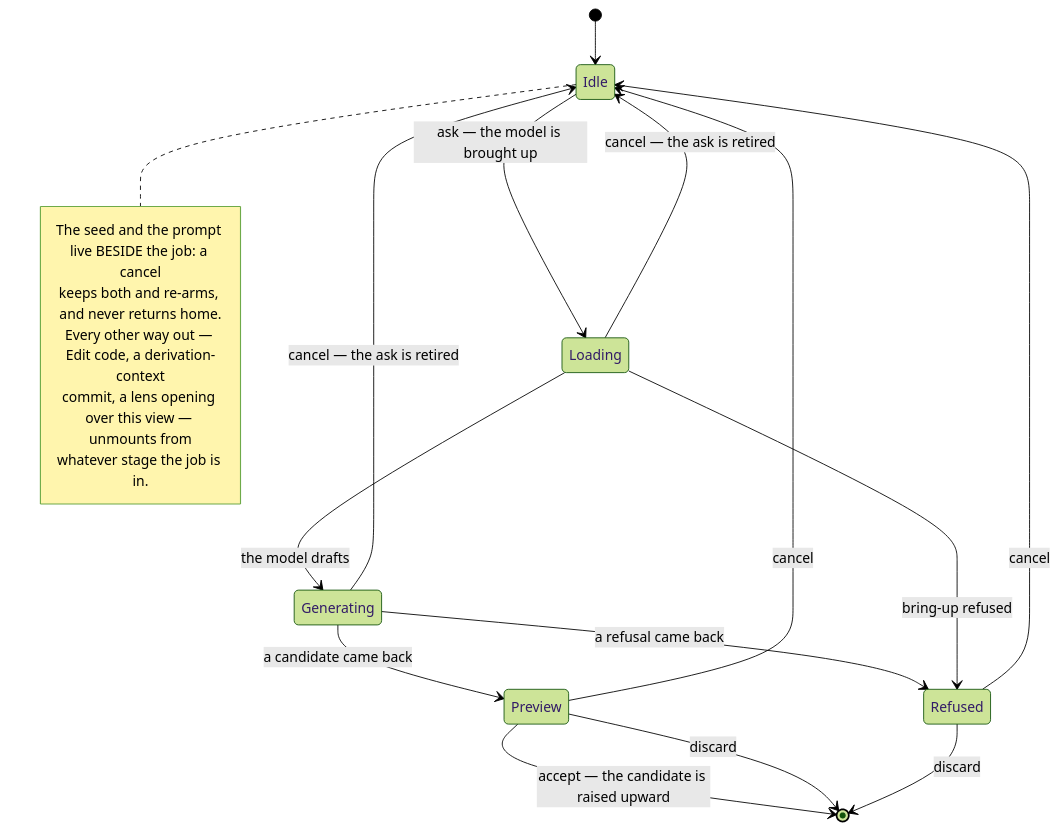
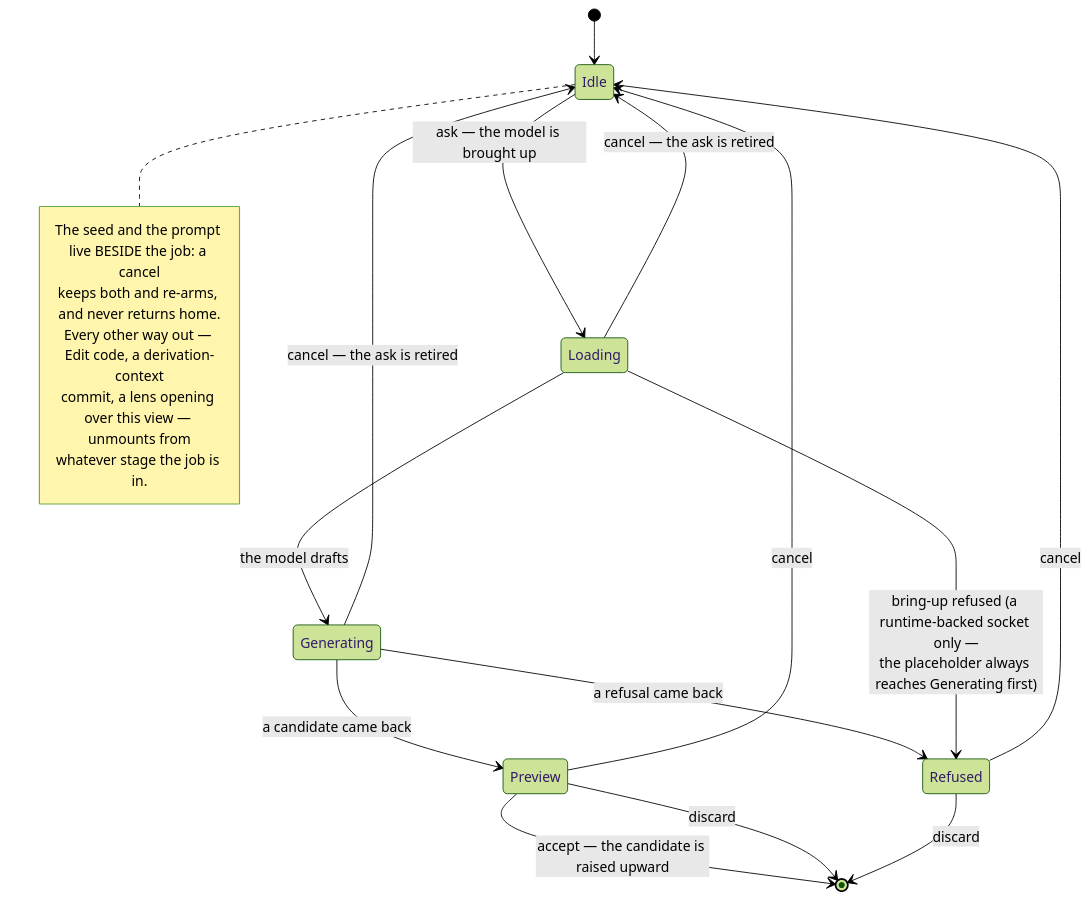
The second of 2 diagrams in src/lib/study-lenses/orchestrate/generator/DOCS.md (codeschoolinabox/curricula), drawn with Mermaid (forest theme) before and after one commit. The commit also changed other lines of this file and 1 other file, not shown here.

````diff
--- a/src/lib/study-lenses/orchestrate/generator/DOCS.md
+++ b/src/lib/study-lenses/orchestrate/generator/DOCS.md
@@ -87,23 +87,23 @@
 ```mermaid
 stateDiagram-v2
     [*] --> Idle
     Idle --> Loading: ask — the model is brought up
     Loading --> Generating: the model drafts
     Generating --> Preview: a candidate came back
     Generating --> Refused: a refusal came back
-    Loading --> Refused: bring-up refused
+    Loading --> Refused: bring-up refused (a runtime-backed socket only —<br/>the placeholder always reaches Generating first)
     Loading --> Idle: cancel — the ask is retired
     Generating --> Idle: cancel — the ask is retired
     Preview --> Idle: cancel
     Refused --> Idle: cancel
     Preview --> [*]: accept — the candidate is raised upward
     Preview --> [*]: discard
     Refused --> [*]: discard
     note right of Idle
       The seed and the prompt live BESIDE the job: a cancel
       keeps both and re-arms, and never returns home.
       Every other way out — Edit code, a derivation-context
       commit, a lens opening over this view — unmounts from
       whatever stage the job is in.
     end note
 ```
````
